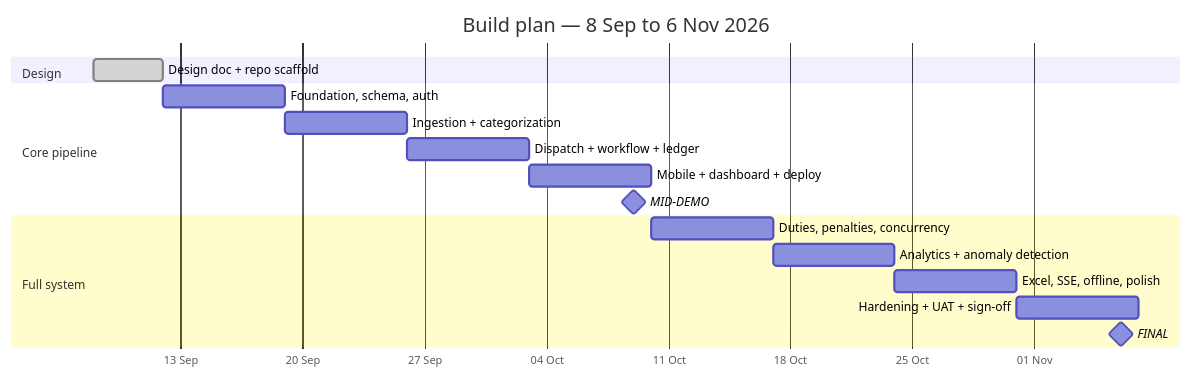
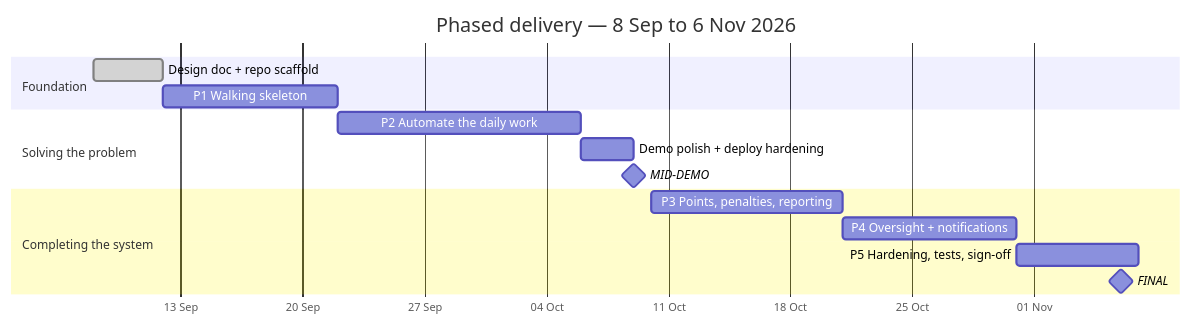
One commit to ajoymathew07/hostel-attender-tracking-system changed the diagram in docs/design/13-timeline.md. Above: the diagram before and after it, drawn with Mermaid. The commit also changed other lines of this file and 14 other files, not shown here.

````diff
--- a/docs/design/13-timeline.md
+++ b/docs/design/13-timeline.md
@@ -16,23 +33,21 @@
 ```mermaid
 gantt
-    title Build plan — 8 Sep to 6 Nov 2026
+    title Phased delivery — 8 Sep to 6 Nov 2026
     dateFormat YYYY-MM-DD
     axisFormat %d %b
 
-    section Design
-    Design doc + repo scaffold      :done, s0, 2026-09-08, 4d
+    section Foundation
+    Design doc + repo scaffold        :done, p0, 2026-09-08, 4d
+    P1 Walking skeleton               :p1, 2026-09-12, 10d
 
-    section Core pipeline
-    Foundation, schema, auth        :s1, 2026-09-12, 7d
-    Ingestion + categorization      :s2, 2026-09-19, 7d
-    Dispatch + workflow + ledger    :s3, 2026-09-26, 7d
-    Mobile + dashboard + deploy     :s4, 2026-10-03, 7d
-    MID-DEMO                        :milestone, m1, 2026-10-09, 0d
+    section Solving the problem
+    P2 Automate the daily work        :p2, 2026-09-22, 14d
+    Demo polish + deploy hardening    :pd, 2026-10-06, 3d
+    MID-DEMO                          :milestone, m1, 2026-10-09, 0d
 
-    section Full system
-    Duties, penalties, concurrency  :s5, 2026-10-10, 7d
-    Analytics + anomaly detection   :s6, 2026-10-17, 7d
-    Excel, SSE, offline, polish     :s7, 2026-10-24, 7d
-    Hardening + UAT + sign-off      :s8, 2026-10-31, 7d
-    FINAL                           :milestone, m2, 2026-11-06, 0d
+    section Completing the system
+    P3 Points, penalties, reporting   :p3, 2026-10-10, 11d
+    P4 Oversight + notifications      :p4, 2026-10-21, 10d
+    P5 Hardening, tests, sign-off     :p5, 2026-10-31, 7d
+    FINAL                             :milestone, m2, 2026-11-06, 0d
 ```
````
